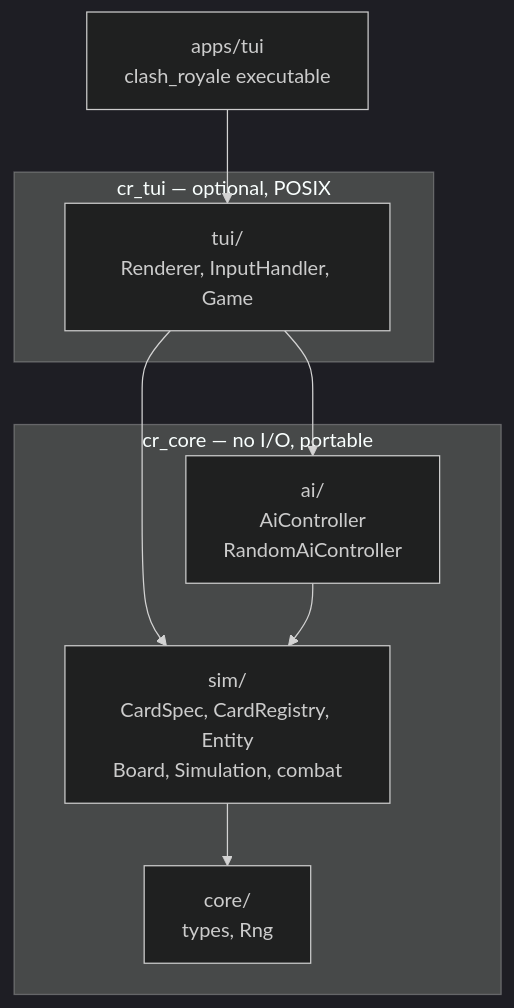
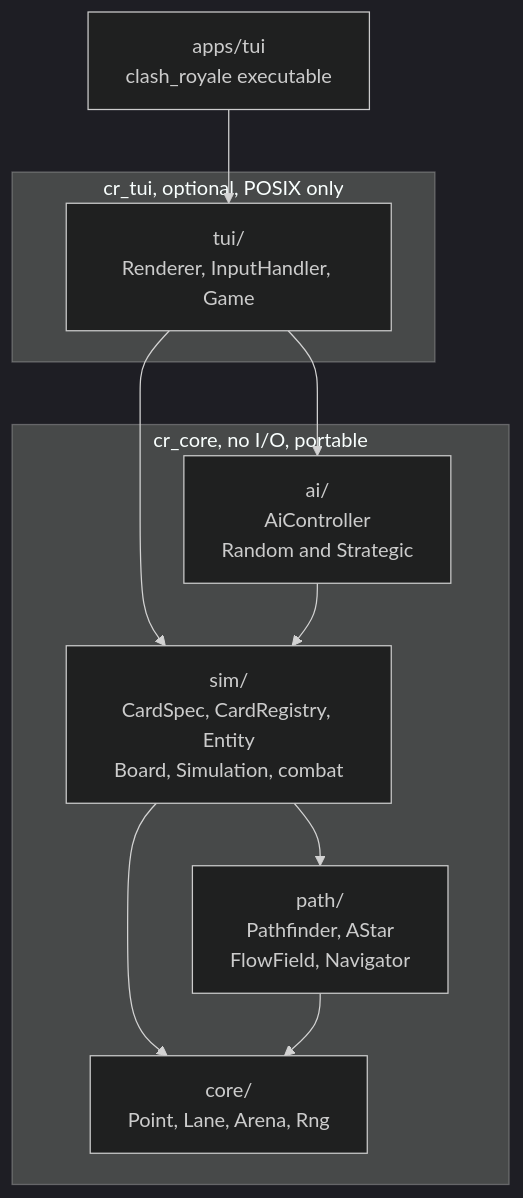
Before and after one commit to kusum-bhattarai/Clash-Royale-Clone: the first of 4 diagrams in Architecture_documentation.md, drawn with Mermaid (dark theme). The commit also changed other lines of this file and 1 other file, not shown here.

First line of the commit message:
Rewrite the README and architecture docs for the current design

````diff
--- a/Architecture_documentation.md
+++ b/Architecture_documentation.md
@@ -131,17 +280,20 @@
 ```mermaid
 graph TD
-    subgraph tui_target["cr_tui &mdash; optional, POSIX"]
+    subgraph tui_target["cr_tui, optional, POSIX only"]
         TUI["tui/<br/>Renderer, InputHandler, Game"]
     end
-    subgraph core_target["cr_core &mdash; no I/O, portable"]
-        AI["ai/<br/>AiController<br/>RandomAiController"]
+    subgraph core_target["cr_core, no I/O, portable"]
+        AI["ai/<br/>AiController<br/>Random and Strategic"]
+        PATH["path/<br/>Pathfinder, AStar<br/>FlowField, Navigator"]
         SIM["sim/<br/>CardSpec, CardRegistry, Entity<br/>Board, Simulation, combat"]
-        CORE["core/<br/>types, Rng"]
+        CORE["core/<br/>Point, Lane, Arena, Rng"]
     end
 
     APP["apps/tui<br/>clash_royale executable"] --> TUI
     TUI --> SIM
     TUI --> AI
     AI --> SIM
+    SIM --> PATH
     SIM --> CORE
+    PATH --> CORE
 ```
````
